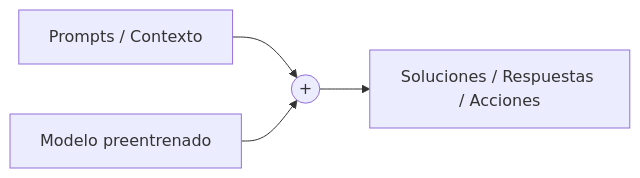
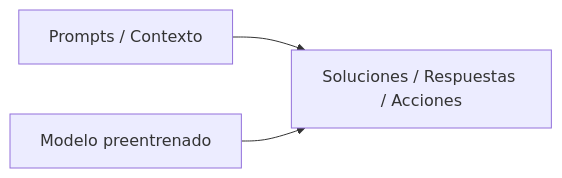
Before and after one commit to Javier-Perales/PRSI2: the third of 3 diagrams in content/sda1-paradigma-ia/Sprint 1.1 La era de los datos.md, drawn with Mermaid. The commit also changed other lines of this file and 1 other file, not shown here.

````diff
--- a/content/sda1-paradigma-ia/Sprint 1.1 La era de los datos.md
+++ b/content/sda1-paradigma-ia/Sprint 1.1 La era de los datos.md
@@ -236,6 +183,5 @@
 ```mermaid
 flowchart LR
-    A["Prompts / Contexto"] --> PLUS((+))
-    B["Modelo preentrenado"] --> PLUS
-    PLUS --> C["Soluciones / Respuestas / Acciones"]
+    A["Prompts / Contexto"] --> C["Soluciones / Respuestas / Acciones"];
+    B["Modelo preentrenado"] --> C;
 ```
````
